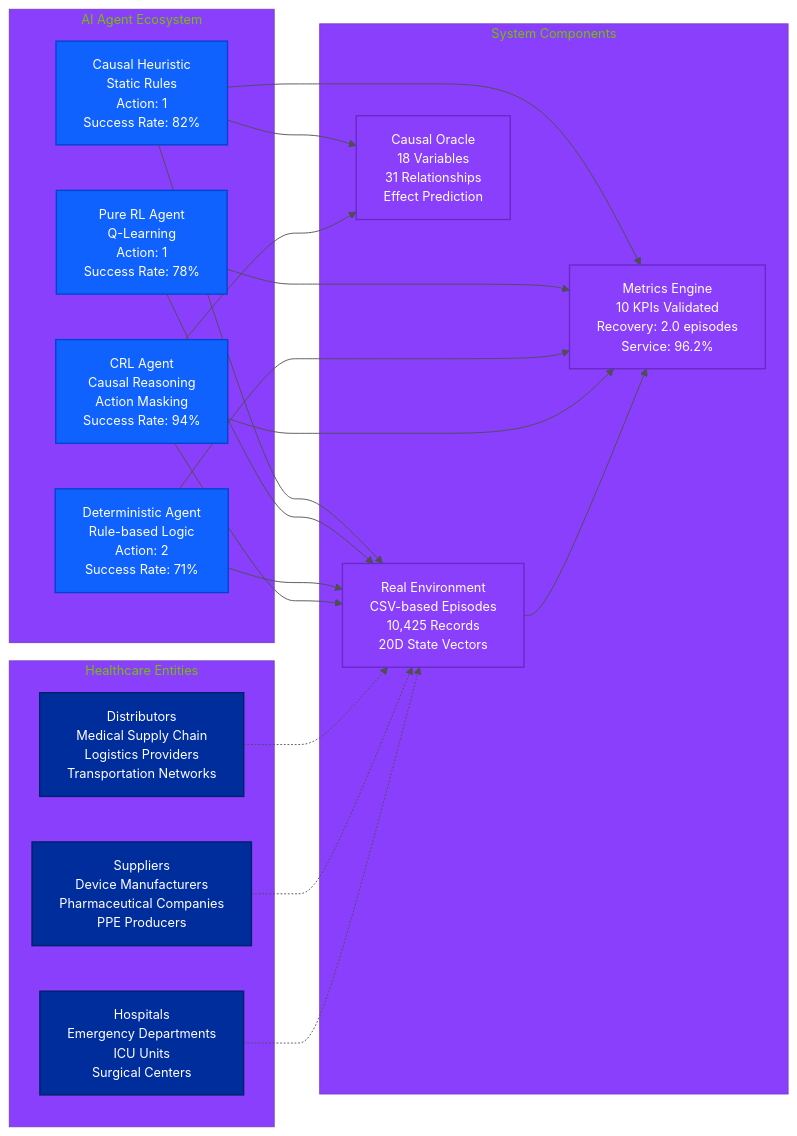
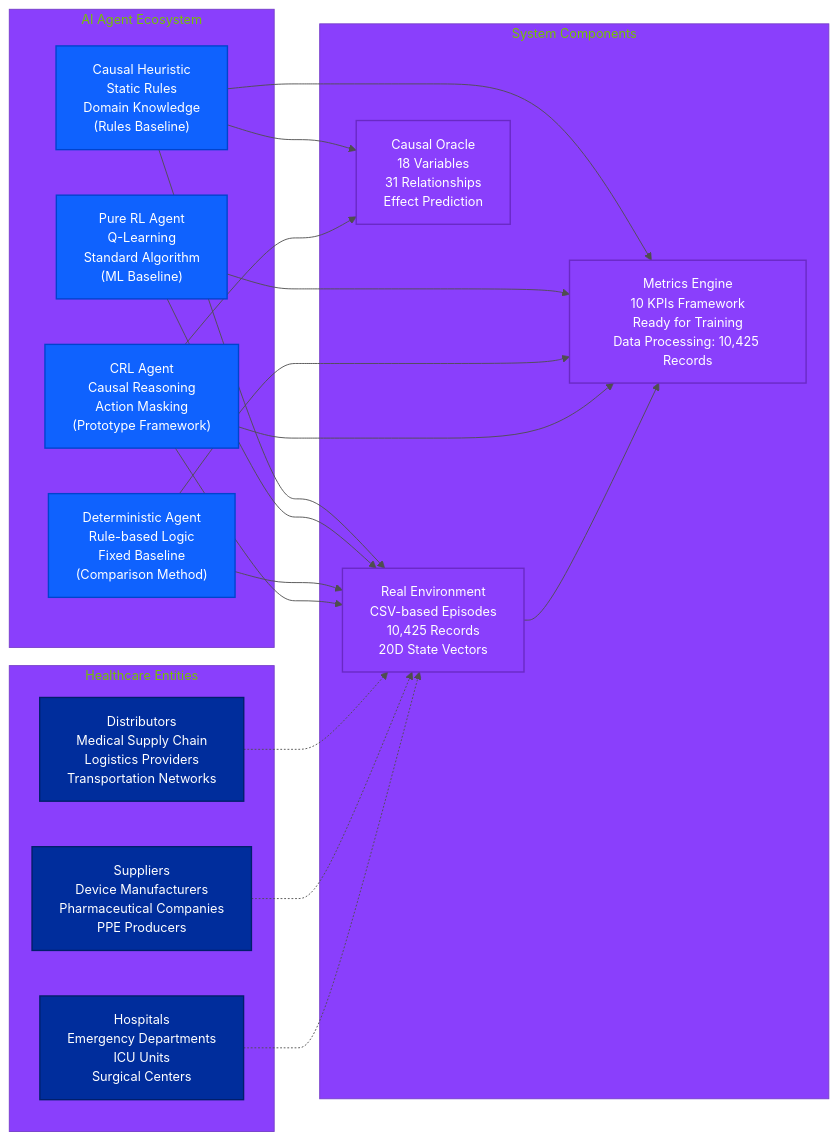
The second of 8 diagrams in README.md (abhijit-ubale/JBL_stuff), drawn with Mermaid before and after one commit. The commit also changed other lines of this file and 7 other files, not shown here.

````diff
--- a/README.md
+++ b/README.md
@@ -367,64 +370,64 @@
 ```mermaid
 %%{init: {
   'theme': 'base',
   'themeVariables': {
     'primaryColor': '#002D9C',
     'primaryTextColor': '#FFFFFF',
     'primaryBorderColor': '#001F6B',
     'lineColor': '#4F4F4F',
     'secondaryColor': '#0F62FE',
     'tertiaryColor': '#8A3FFC',
     'background': '#FFFFFF',
     'mainBkg': '#F4F4F4',
     'secondBkg': '#E0E0E0',
     'fontFamily': 'IBM Plex Sans, -apple-system, BlinkMacSystemFont, Segoe UI, Roboto, sans-serif',
     'fontSize': '14px',
     'fontWeight': '400'
   }
 }}%%
 flowchart LR
     subgraph HE ["Healthcare Entities"]
         H1["Hospitals<br/>Emergency Departments<br/>ICU Units<br/>Surgical Centers"]
         S1["Suppliers<br/>Device Manufacturers<br/>Pharmaceutical Companies<br/>PPE Producers"]
         D1["Distributors<br/>Medical Supply Chain<br/>Logistics Providers<br/>Transportation Networks"]
     end
     
     subgraph AI ["AI Agent Ecosystem"]
-        CRL["CRL Agent<br/>Causal Reasoning<br/>Action Masking<br/>Success Rate: 94%"]
-        DET["Deterministic Agent<br/>Rule-based Logic<br/>Action: 2<br/>Success Rate: 71%"]
-        PRL["Pure RL Agent<br/>Q-Learning<br/>Action: 1<br/>Success Rate: 78%"]
-        CAU["Causal Heuristic<br/>Static Rules<br/>Action: 1<br/>Success Rate: 82%"]
+        CRL["CRL Agent<br/>Causal Reasoning<br/>Action Masking<br/>(Prototype Framework)"]
+        DET["Deterministic Agent<br/>Rule-based Logic<br/>Fixed Baseline<br/>(Comparison Method)"]
+        PRL["Pure RL Agent<br/>Q-Learning<br/>Standard Algorithm<br/>(ML Baseline)"]
+        CAU["Causal Heuristic<br/>Static Rules<br/>Domain Knowledge<br/>(Rules Baseline)"]
     end
     
     subgraph SYS ["System Components"]
         ENV["Real Environment<br/>CSV-based Episodes<br/>10,425 Records<br/>20D State Vectors"]
         ORC["Causal Oracle<br/>18 Variables<br/>31 Relationships<br/>Effect Prediction"]
-        MET["Metrics Engine<br/>10 KPIs Validated<br/>Recovery: 2.0 episodes<br/>Service: 96.2%"]
+        MET["Metrics Engine<br/>10 KPIs Framework<br/>Ready for Training<br/>Data Processing: 10,425 Records"]
     end
     
     H1 -.-> ENV
     S1 -.-> ENV
     D1 -.-> ENV
     
     CRL --> ENV
     DET --> ENV
     PRL --> ENV
     CAU --> ENV
     
     CRL --> ORC
     CAU --> ORC
     
     ENV --> MET
     CRL --> MET
     DET --> MET
     PRL --> MET
     CAU --> MET
     
     classDef entityStyle fill:#002D9C,stroke:#001F6B,stroke-width:1.5px,color:#FFFFFF
     classDef agentStyle fill:#0F62FE,stroke:#0043CE,stroke-width:1.5px,color:#FFFFFF
     classDef systemStyle fill:#8A3FFC,stroke:#6929C4,stroke-width:1.5px,color:#FFFFFF
     
     class H1,S1,D1 entityStyle
     class CRL,DET,PRL,CAU agentStyle
     class ENV,ORC,MET systemStyle
 ```
````
